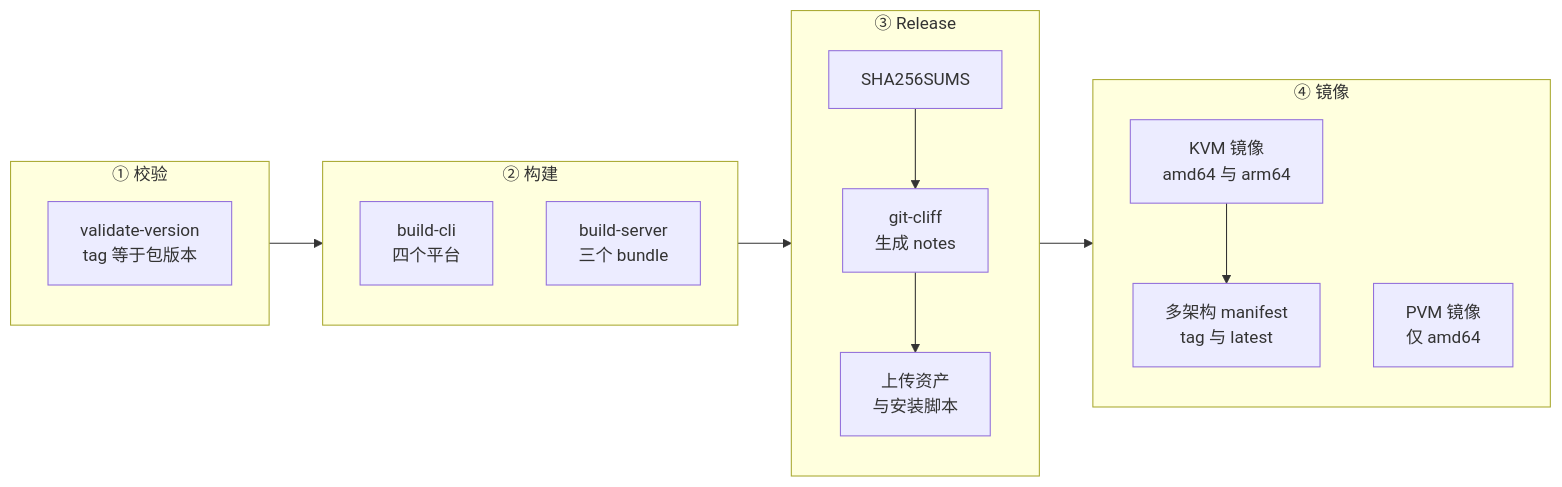
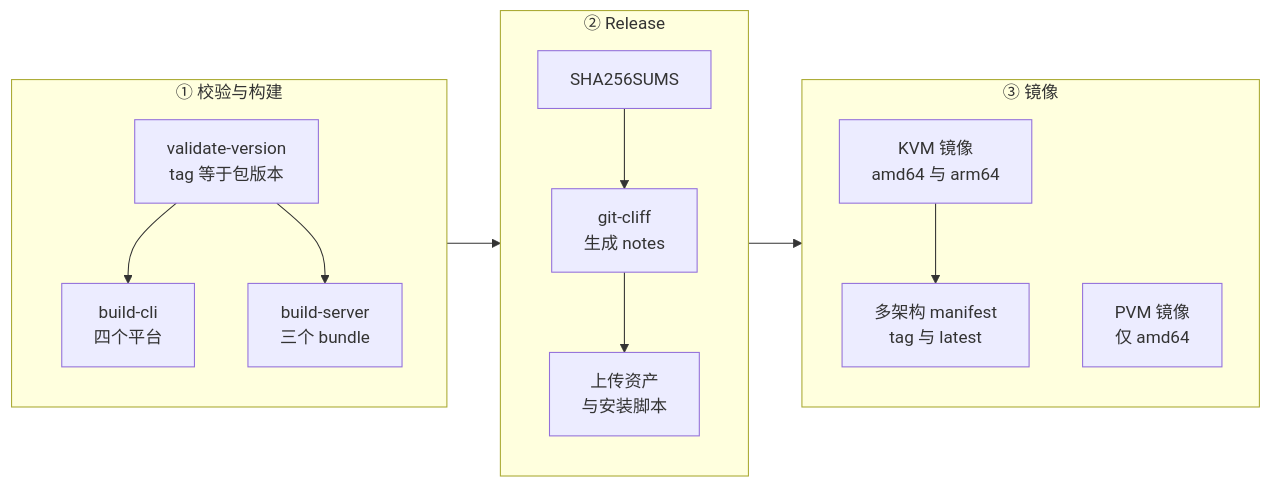
The diagram in agentenv/64-build-codegen-release.md (AustinJiangg/ai-books), drawn with Mermaid before and after one commit. The commit also changed other lines of this file and 3 other files, not shown here.

````diff
--- a/agentenv/64-build-codegen-release.md
+++ b/agentenv/64-build-codegen-release.md
@@ -132,22 +133,18 @@
 ```mermaid
 flowchart LR
-    subgraph P1["① 校验"]
+    subgraph P1["① 校验与构建"]
         direction TB
-        V["validate-version<br/>tag 等于包版本"]
+        V["validate-version<br/>tag 等于包版本"] --> C["build-cli<br/>四个平台"]
+        V --> S["build-server<br/>三个 bundle"]
     end
-    subgraph P2["② 构建"]
-        direction TB
-        C["build-cli<br/>四个平台"]
-        S["build-server<br/>三个 bundle"]
-    end
-    subgraph P3["③ Release"]
+    subgraph P2["② Release"]
         direction TB
         R1["SHA256SUMS"] --> R2["git-cliff<br/>生成 notes"] --> R3["上传资产<br/>与安装脚本"]
     end
-    subgraph P4["④ 镜像"]
+    subgraph P3["③ 镜像"]
         direction TB
         K["KVM 镜像<br/>amd64 与 arm64"] --> M["多架构 manifest<br/>tag 与 latest"]
         PV["PVM 镜像<br/>仅 amd64"]
     end
-    P1 --> P2 --> P3 --> P4
+    P1 --> P2 --> P3
 ```
````
